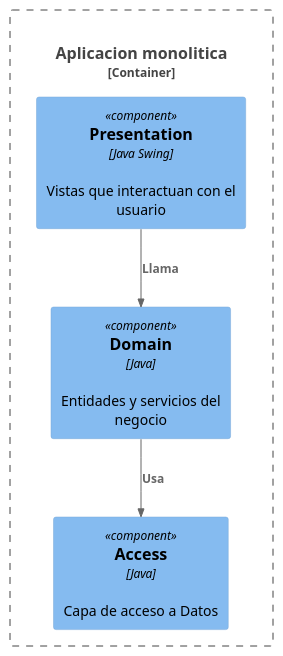
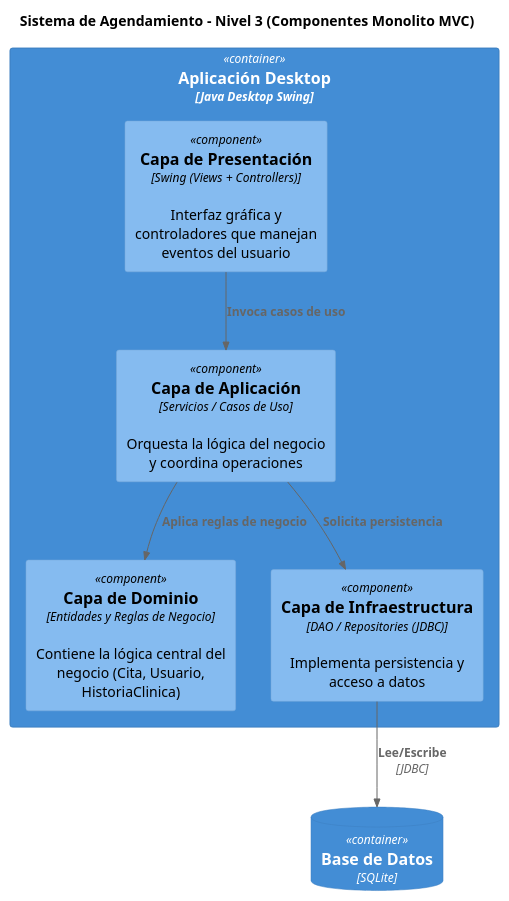
The diagram in mod_app_piedrazul_medical_services_network/dComponent.puml (FernandoMulato/Piedrazul-Medical-Services-Network), drawn with PlantUML before and after one commit. The commit also changed 5 other files, not shown here.

Commit message:
The first architectural proposal was uploaded

```diff
--- a/mod_app_piedrazul_medical_services_network/dComponent.puml
+++ b/mod_app_piedrazul_medical_services_network/dComponent.puml
@@ -1,18 +1,25 @@
-@startuml ComponentDiagram
+@startuml Components
 !include https://raw.githubusercontent.com/plantuml-stdlib/C4-PlantUML/master/C4_Component.puml
 
-LAYOUT_TOP_DOWN()
+title Sistema de Agendamiento - Nivel 3 (Componentes Monolito MVC)
 
-Container_Boundary(monolith, "Aplicacion monolitica", "Java Desktop Swing\nAplicación que contiene tanto el frontend como el backend") {
+Container(app, "Aplicación Desktop", "Java Desktop Swing") {
 
-    Component(presentation, "Presentation", "Java Swing", "Vistas que interactuan con el usuario")
+    Component(ui, "Capa de Presentación", "Swing (Views + Controllers)", "Interfaz gráfica y controladores que manejan eventos del usuario")
 
-    Component(domain, "Domain", "Java", "Entidades y servicios del negocio")
+    Component(appService, "Capa de Aplicación", "Servicios / Casos de Uso", "Orquesta la lógica del negocio y coordina operaciones")
 
-    Component(access, "Access", "Java", "Capa de acceso a Datos")
+    Component(domain, "Capa de Dominio", "Entidades y Reglas de Negocio", "Contiene la lógica central del negocio (Cita, Usuario, HistoriaClinica)")
 
-    Rel(presentation, domain, "Llama")
-    Rel(domain, access, "Usa")
+    Component(repository, "Capa de Infraestructura", "DAO / Repositories (JDBC)", "Implementa persistencia y acceso a datos")
+
 }
 
+ContainerDb(db, "Base de Datos", "SQLite")
+
+Rel(ui, appService, "Invoca casos de uso")
+Rel(appService, domain, "Aplica reglas de negocio")
+Rel(appService, repository, "Solicita persistencia")
+Rel(repository, db, "Lee/Escribe", "JDBC")
+
 @enduml
```
